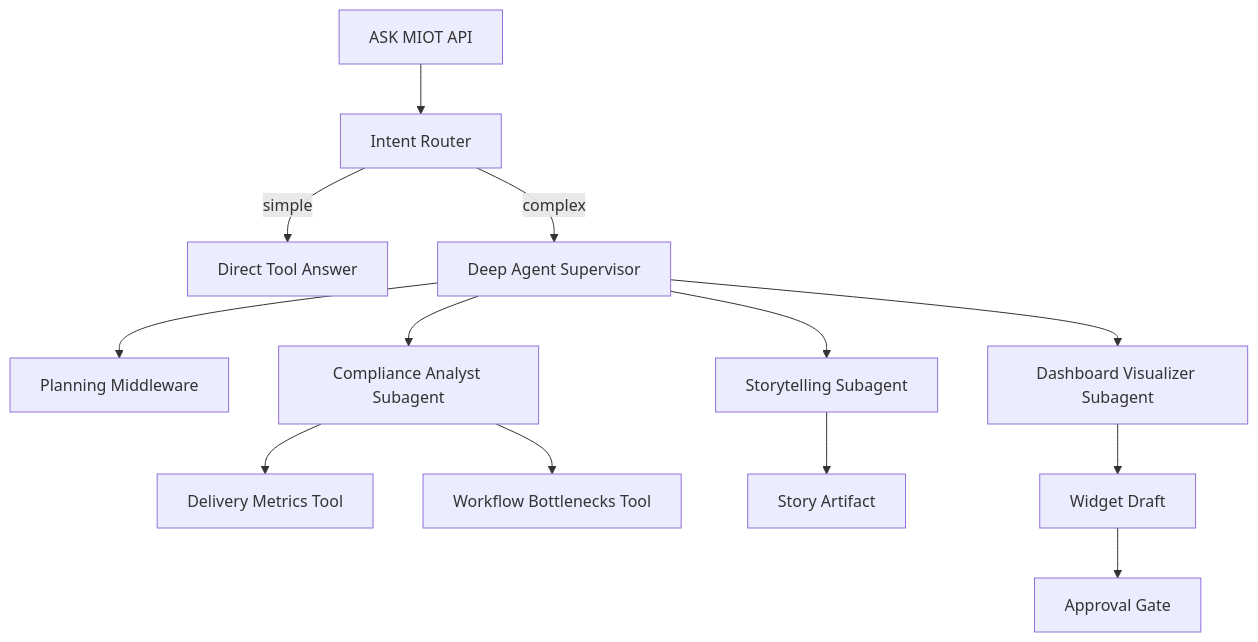
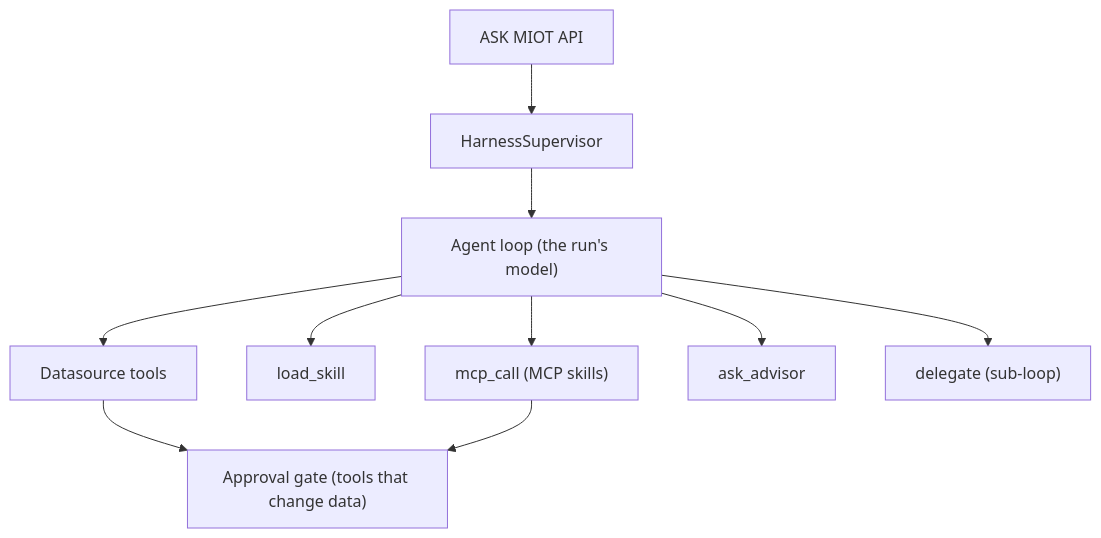
One commit to microboxlabs/modulariot changed the diagram in miot-harness/docs/architecture.md. Above: the diagram before and after it, drawn with Mermaid. The commit also changed other lines of this file and 127 other files, not shown here.

````diff
--- a/miot-harness/docs/architecture.md
+++ b/miot-harness/docs/architecture.md
@@ -21,15 +19,12 @@
 ```mermaid
 flowchart TD
-  API["ASK MIOT API"] --> Router["Intent Router"]
-  Router -->|simple| Direct["Direct Tool Answer"]
-  Router -->|complex| Supervisor["Deep Agent Supervisor"]
-  Supervisor --> Planner["Planning Middleware"]
-  Supervisor --> Analyst["Compliance Analyst Subagent"]
-  Supervisor --> Narrator["Storytelling Subagent"]
-  Supervisor --> Visualizer["Dashboard Visualizer Subagent"]
-  Analyst --> Metrics["Delivery Metrics Tool"]
-  Analyst --> Workflow["Workflow Bottlenecks Tool"]
-  Narrator --> Story["Story Artifact"]
-  Visualizer --> Widget["Widget Draft"]
-  Widget --> Approval["Approval Gate"]
+  API["ASK MIOT API"] --> Supervisor["HarnessSupervisor"]
+  Supervisor --> Loop["Agent loop (the run's model)"]
+  Loop --> Data["Datasource tools"]
+  Loop --> Skills["load_skill"]
+  Loop --> MCP["mcp_call (MCP skills)"]
+  Loop --> Advisor["ask_advisor"]
+  Loop --> Workhorse["delegate (sub-loop)"]
+  Data --> Approval["Approval gate (tools that change data)"]
+  MCP --> Approval
 ```
````
